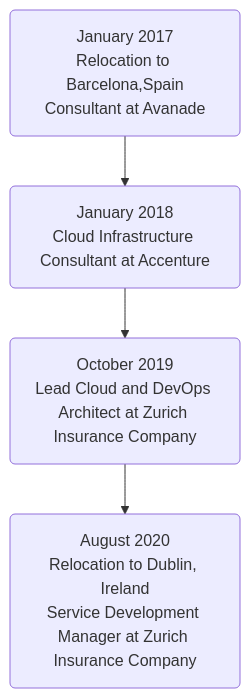
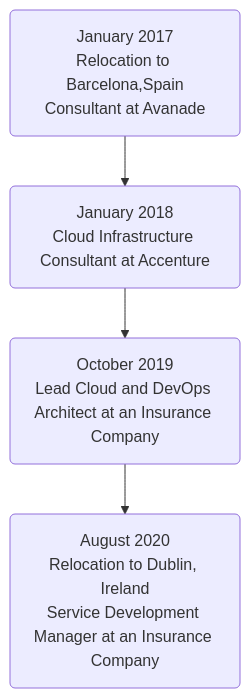
Before and after one commit to RodrigoAMartinezG/rodrigoamartinezg.github.io: the diagram in aboutme.md, drawn with Mermaid. The commit also changed 10 other files, not shown here.

```diff
--- a/aboutme.md
+++ b/aboutme.md
@@ -19,6 +19,6 @@
 <div class="mermaid">
 graph TD;
   A(January 2017<br>Relocation to Barcelona,Spain<br>Consultant at Avanade)-->B(January 2018<br>Cloud Infrastructure Consultant at Accenture );
-  B-->C(October 2019<br>Lead Cloud and DevOps Architect at Zurich Insurance Company);
-  C-->D(August 2020<br>Relocation to Dublin, Ireland<br>Service Development Manager at Zurich Insurance Company)
+  B-->C(October 2019<br>Lead Cloud and DevOps Architect at an Insurance Company);
+  C-->D(August 2020<br>Relocation to Dublin, Ireland<br>Service Development Manager at an Insurance Company)
 </div>
```
